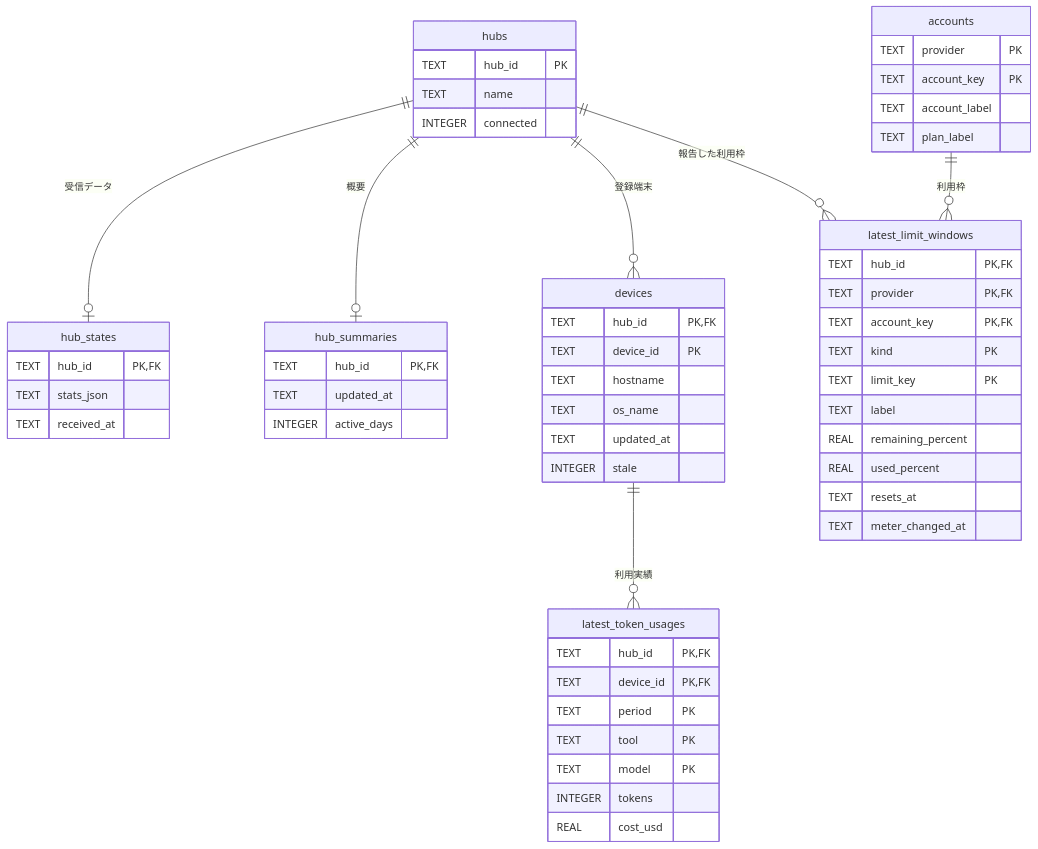
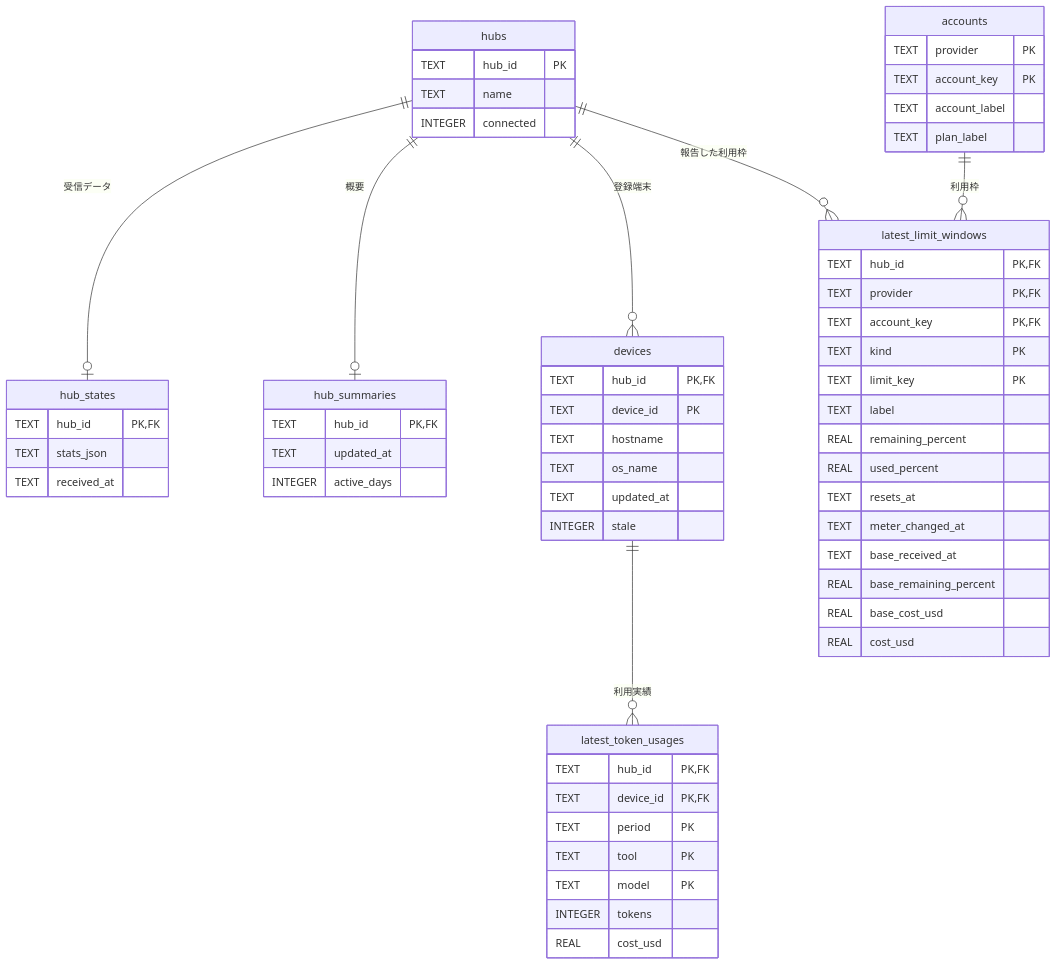
One commit to nuitsjp/multi-token-monitor changed the diagram in docs/design/data.md. Above: the diagram before and after it, drawn with Mermaid. The commit also changed other lines of this file and 8 other files, not shown here.

````diff
--- a/docs/design/data.md
+++ b/docs/design/data.md
@@ -7,59 +7,63 @@
 ```mermaid
 erDiagram
   hubs ||--o| hub_states : "受信データ"
   hubs ||--o| hub_summaries : "概要"
   hubs ||--o{ devices : "登録端末"
   devices ||--o{ latest_token_usages : "利用実績"
   hubs ||--o{ latest_limit_windows : "報告した利用枠"
   accounts ||--o{ latest_limit_windows : "利用枠"
   hubs {
     TEXT hub_id PK
     TEXT name
     INTEGER connected
   }
   hub_states {
     TEXT hub_id PK,FK
     TEXT stats_json
     TEXT received_at
   }
   hub_summaries {
     TEXT hub_id PK,FK
     TEXT updated_at
     INTEGER active_days
   }
   devices {
     TEXT hub_id PK,FK
     TEXT device_id PK
     TEXT hostname
     TEXT os_name
     TEXT updated_at
     INTEGER stale
   }
   latest_token_usages {
     TEXT hub_id PK,FK
     TEXT device_id PK,FK
     TEXT period PK
     TEXT tool PK
     TEXT model PK
     INTEGER tokens
     REAL cost_usd
   }
   accounts {
     TEXT provider PK
     TEXT account_key PK
     TEXT account_label
     TEXT plan_label
   }
   latest_limit_windows {
     TEXT hub_id PK,FK
     TEXT provider PK,FK
     TEXT account_key PK,FK
     TEXT kind PK
     TEXT limit_key PK
     TEXT label
     REAL remaining_percent
     REAL used_percent
     TEXT resets_at
     TEXT meter_changed_at
+    TEXT base_received_at
+    REAL base_remaining_percent
+    REAL base_cost_usd
+    REAL cost_usd
   }
 ```
````
